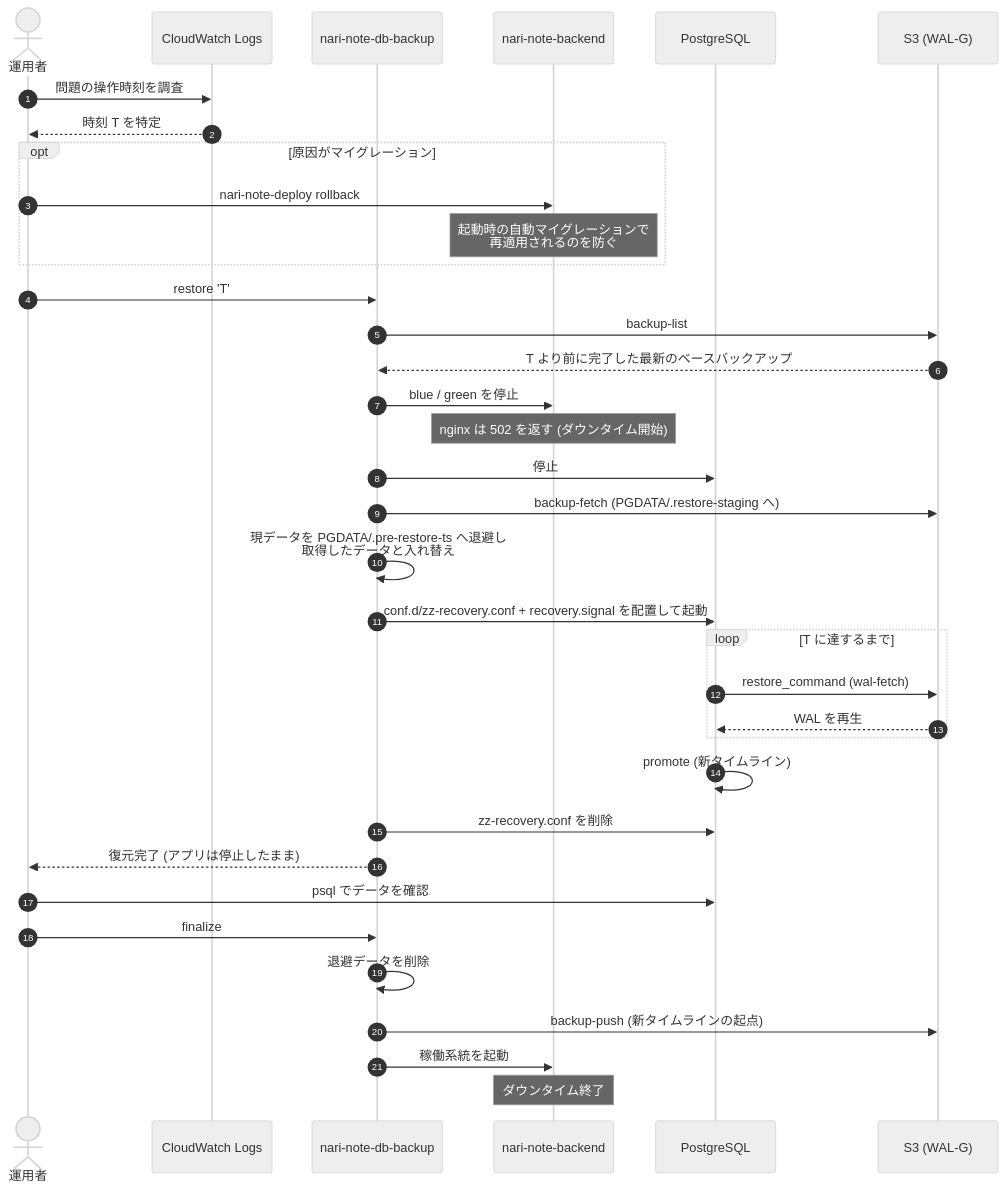
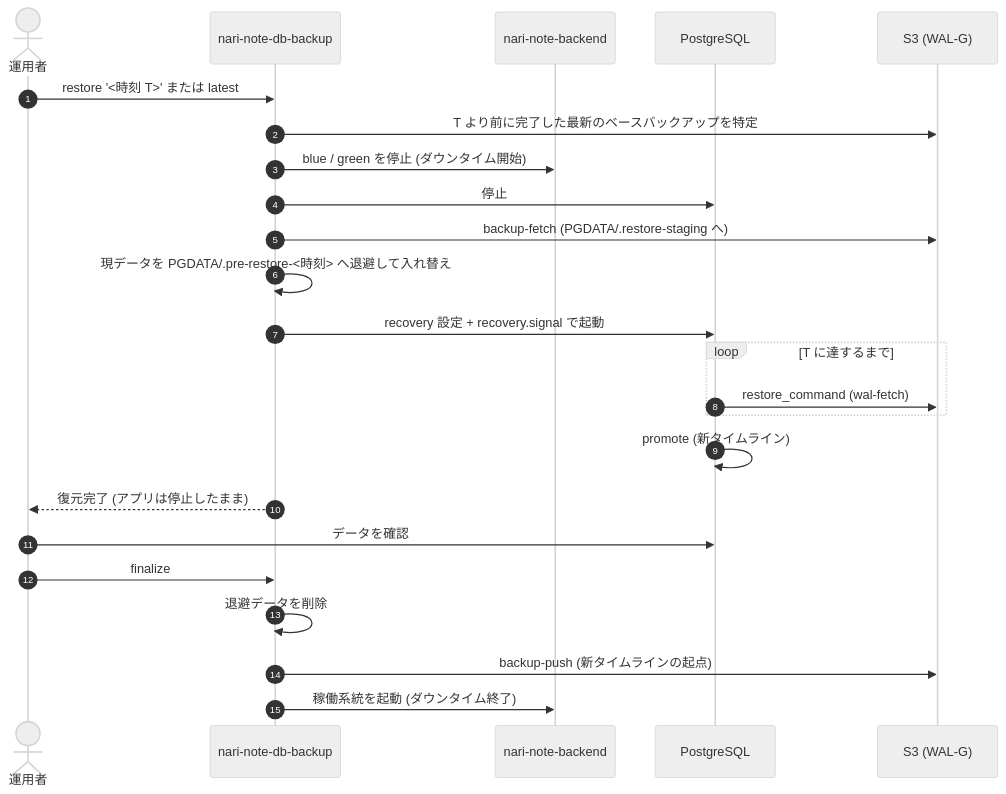
Before and after one commit to doguto/nari-note: the third of 3 diagrams in infrastruture/docs/db-backup-recovery.md, drawn with Mermaid (neutral theme). The commit also changed other lines of this file and 58 other files, not shown here.

````diff
--- a/infrastruture/docs/db-backup-recovery.md
+++ b/infrastruture/docs/db-backup-recovery.md
@@ -204,42 +118,27 @@
 ```mermaid
 sequenceDiagram
     autonumber
     actor Op as 運用者
-    participant CWL as CloudWatch Logs
     participant Sc as nari-note-db-backup
     participant App as nari-note-backend
     participant PG as PostgreSQL
     participant S3 as S3 (WAL-G)
 
-    Op->>CWL: 問題の操作時刻を調査
-    CWL-->>Op: 時刻 T を特定
-
-    opt 原因がマイグレーション
-        Op->>App: nari-note-deploy rollback
-        Note over App: 起動時の自動マイグレーションで<br/>再適用されるのを防ぐ
-    end
-
-    Op->>Sc: restore 'T'
-    Sc->>S3: backup-list
-    S3-->>Sc: T より前に完了した最新のベースバックアップ
-    Sc->>App: blue / green を停止
-    Note over App: nginx は 502 を返す (ダウンタイム開始)
+    Op->>Sc: restore '<時刻 T>' または latest
+    Sc->>S3: T より前に完了した最新のベースバックアップを特定
+    Sc->>App: blue / green を停止 (ダウンタイム開始)
     Sc->>PG: 停止
     Sc->>S3: backup-fetch (PGDATA/.restore-staging へ)
-    Sc->>Sc: 現データを PGDATA/.pre-restore-ts へ退避し<br/>取得したデータと入れ替え
-    Sc->>PG: conf.d/zz-recovery.conf + recovery.signal を配置して起動
+    Sc->>Sc: 現データを PGDATA/.pre-restore-<時刻> へ退避して入れ替え
+    Sc->>PG: recovery 設定 + recovery.signal で起動
     loop T に達するまで
         PG->>S3: restore_command (wal-fetch)
-        S3-->>PG: WAL を再生
     end
     PG->>PG: promote (新タイムライン)
-    Sc->>PG: zz-recovery.conf を削除
     Sc-->>Op: 復元完了 (アプリは停止したまま)
-
-    Op->>PG: psql でデータを確認
+    Op->>PG: データを確認
     Op->>Sc: finalize
     Sc->>Sc: 退避データを削除
     Sc->>S3: backup-push (新タイムラインの起点)
-    Sc->>App: 稼働系統を起動
-    Note over App: ダウンタイム終了
+    Sc->>App: 稼働系統を起動 (ダウンタイム終了)
 ```
````
